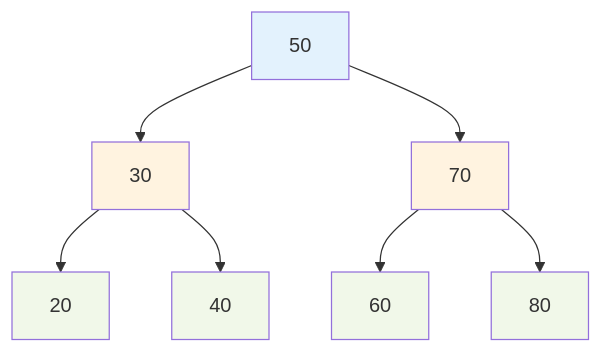
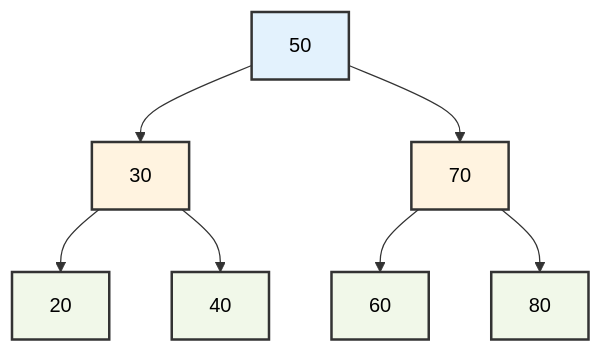
One commit to PanagopoulosNikolaos/DitOpenNotes changed the sixth of 43 diagrams in Year_2/Semester_3/DSA_DATA_STRUCTURES_ALGORITHMS/Lectures/Binary_Trees.md. Above: the diagram before and after it, drawn with Mermaid. The commit also changed other lines of this file and 4 other files, not shown here.

````diff
--- a/Year_2/Semester_3/DSA_DATA_STRUCTURES_ALGORITHMS/Lectures/Binary_Trees.md
+++ b/Year_2/Semester_3/DSA_DATA_STRUCTURES_ALGORITHMS/Lectures/Binary_Trees.md
@@ -194,17 +194,17 @@
 ```mermaid
 graph TD
     A[50] --> B[30]
     A --> C[70]
     B --> D[20]
     B --> E[40]
     C --> F[60]
     C --> G[80]
     
-    style A fill:#e3f2fd
-    style B fill:#fff3e0
-    style C fill:#fff3e0
-    style D fill:#f1f8e9
-    style E fill:#f1f8e9
-    style F fill:#f1f8e9
-    style G fill:#f1f8e9
+    style A fill:#e3f2fd,stroke:#333,stroke-width:2px,color:black
+    style B fill:#fff3e0,stroke:#333,stroke-width:2px,color:black
+    style C fill:#fff3e0,stroke:#333,stroke-width:2px,color:black
+    style D fill:#f1f8e9,stroke:#333,stroke-width:2px,color:black
+    style E fill:#f1f8e9,stroke:#333,stroke-width:2px,color:black
+    style F fill:#f1f8e9,stroke:#333,stroke-width:2px,color:black
+    style G fill:#f1f8e9,stroke:#333,stroke-width:2px,color:black
 ```
````
